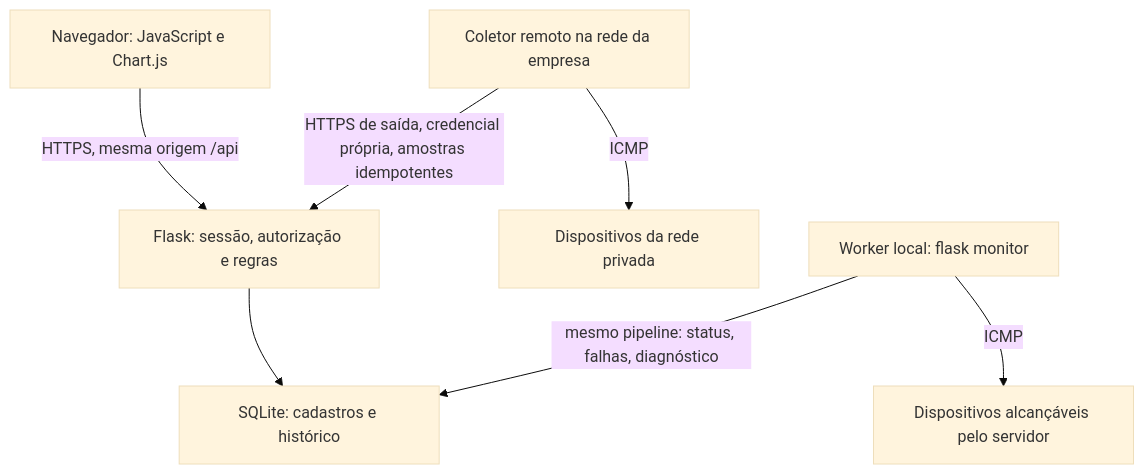
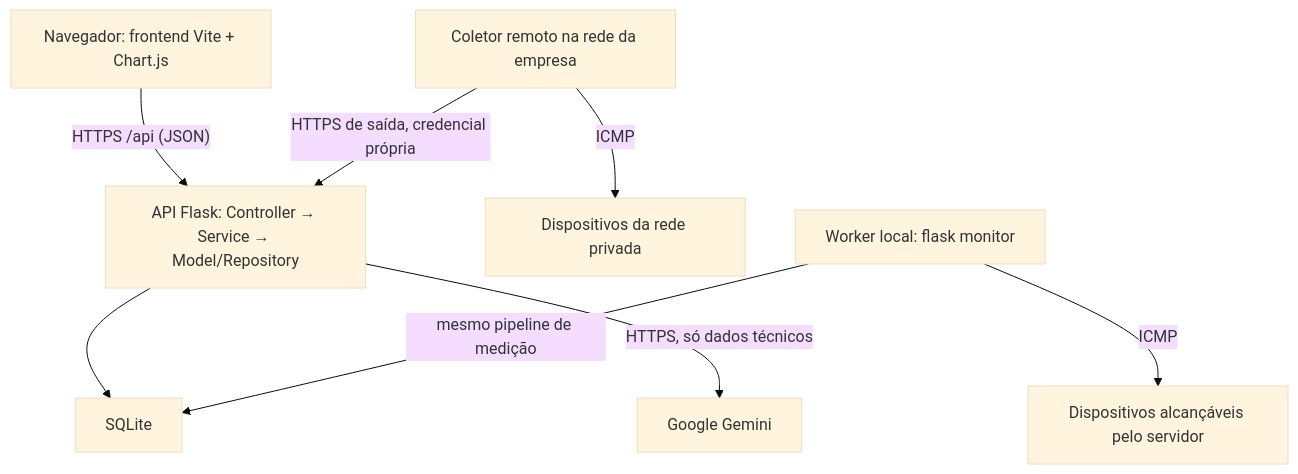
Before and after one commit to MarceloRodriguesDoNascimento/EdgeHealth: the diagram in README.md, drawn with Mermaid (base theme). The commit also changed other lines of this file and 3 other files, not shown here.

````diff
--- a/README.md
+++ b/README.md
@@ -17,9 +96,10 @@
 ```mermaid
 flowchart TD
-  UI["Navegador: JavaScript e Chart.js"] -->|"HTTPS, mesma origem /api"| API["Flask: sessão, autorização e regras"]
-  API --> DB["SQLite: cadastros e histórico"]
+  UI["Navegador: frontend Vite + Chart.js"] -->|"HTTPS /api (JSON)"| API["API Flask: Controller → Service → Model/Repository"]
+  API --> DB["SQLite"]
+  API -->|"HTTPS, só dados técnicos"| IA["Google Gemini"]
   COL["Coletor remoto na rede da empresa"] -->|"ICMP"| LAN["Dispositivos da rede privada"]
-  COL -->|"HTTPS de saída, credencial própria, amostras idempotentes"| API
+  COL -->|"HTTPS de saída, credencial própria"| API
   WORKER["Worker local: flask monitor"] -->|"ICMP"| NEAR["Dispositivos alcançáveis pelo servidor"]
-  WORKER -->|"mesmo pipeline: status, falhas, diagnóstico"| DB
+  WORKER -->|"mesmo pipeline de medição"| DB
 ```
````
